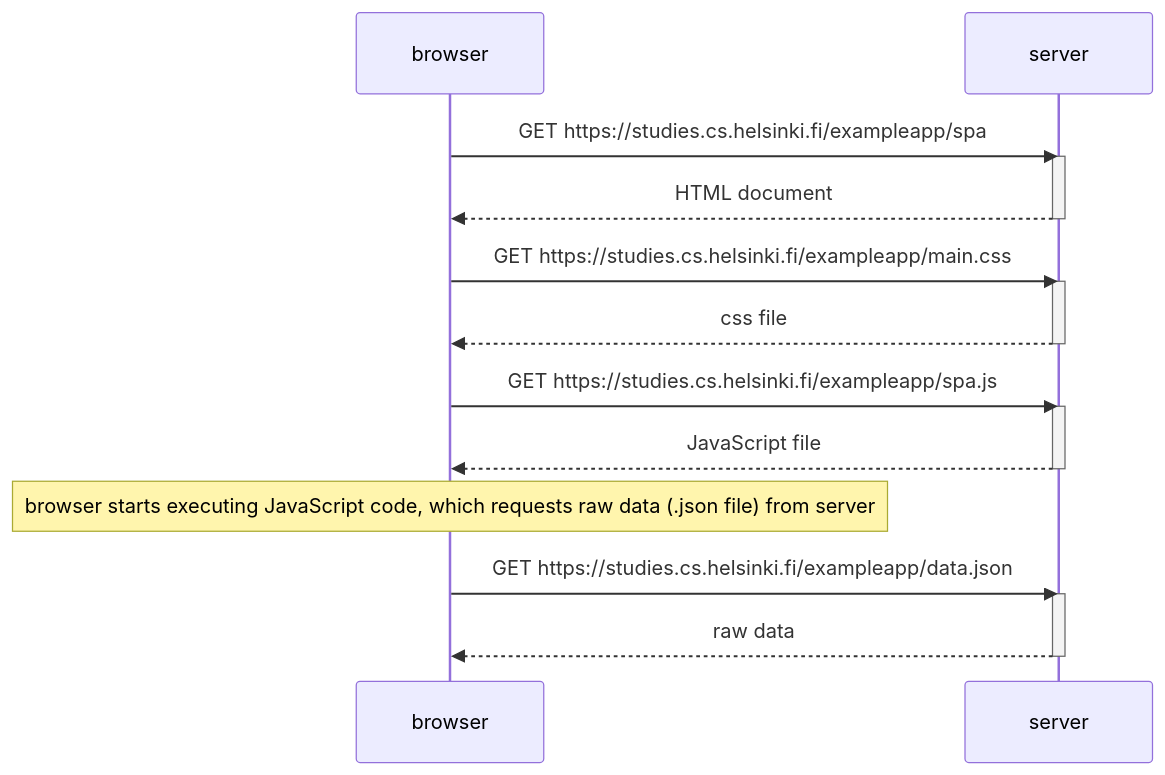
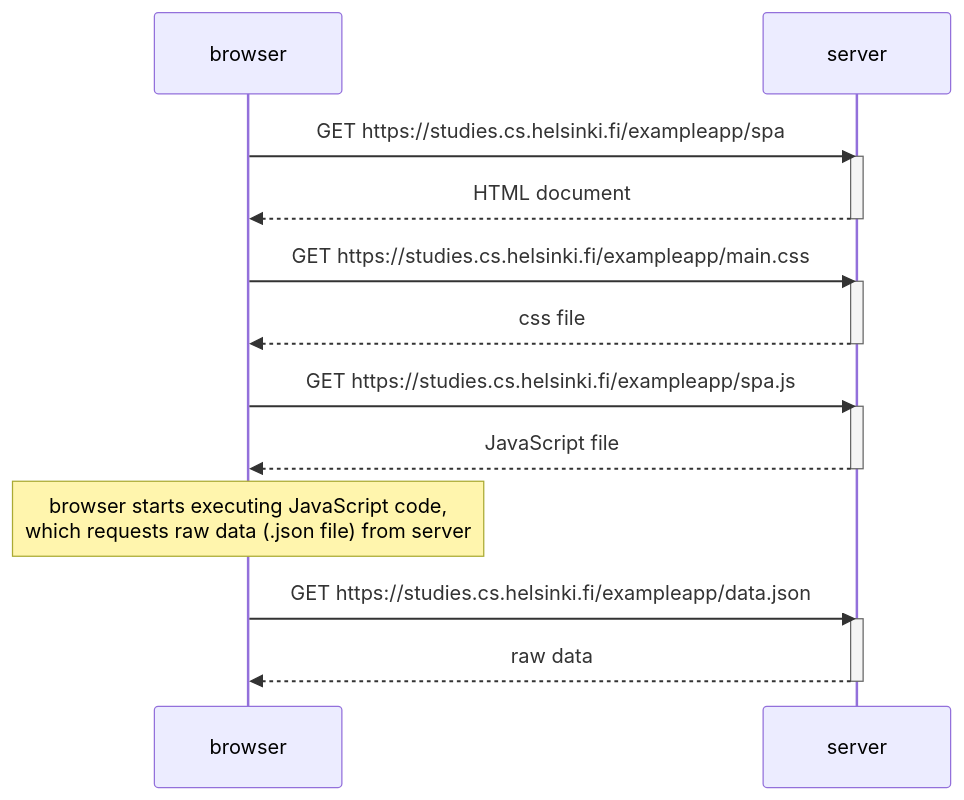
One commit to vexoo/fullstack changed the diagram in part0/single page app diagram.md. Above: the diagram before and after it, drawn with Mermaid.

Commit message:
0.5 add a linebreak

````diff
--- a/part0/single page app diagram.md
+++ b/part0/single page app diagram.md
@@ -1,29 +1,29 @@
 ```mermaid
 
 sequenceDiagram
     participant browser
     participant server
 
     browser->>server: GET https://studies.cs.helsinki.fi/exampleapp/spa
     activate server
     server-->>browser: HTML document
     deactivate server
     
     browser->>server: GET https://studies.cs.helsinki.fi/exampleapp/main.css
     activate server
     server-->>browser: css file
     deactivate server
     
     browser->>server: GET https://studies.cs.helsinki.fi/exampleapp/spa.js
     activate server
     server-->>browser: JavaScript file
     deactivate server
 
-    note over browser: browser starts executing JavaScript code, which requests raw data (.json file) from server
+    note over browser: browser starts executing JavaScript code,<br> which requests raw data (.json file) from server
 
     browser->>server: GET https://studies.cs.helsinki.fi/exampleapp/data.json
     activate server
     server-->>browser: raw data
     deactivate server
 
 ```
````
